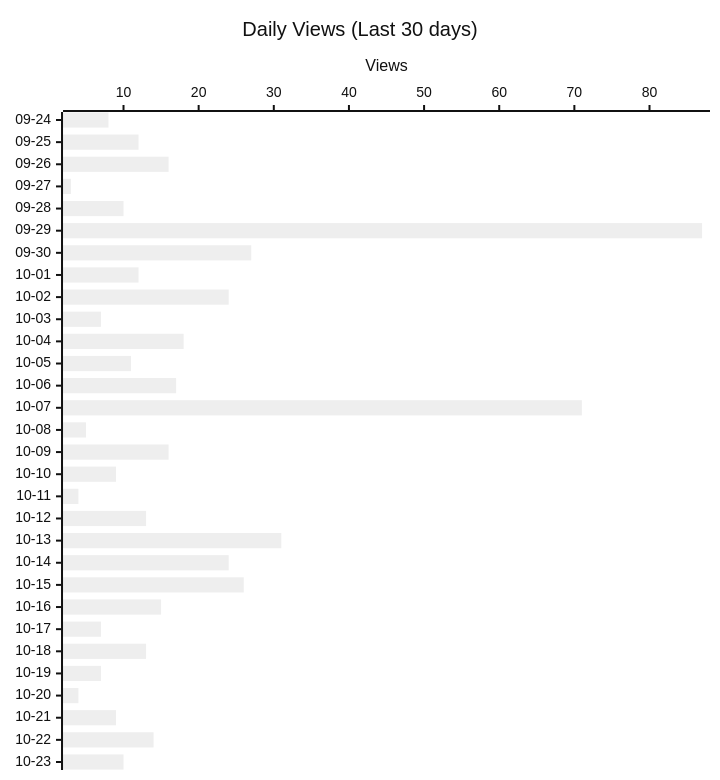
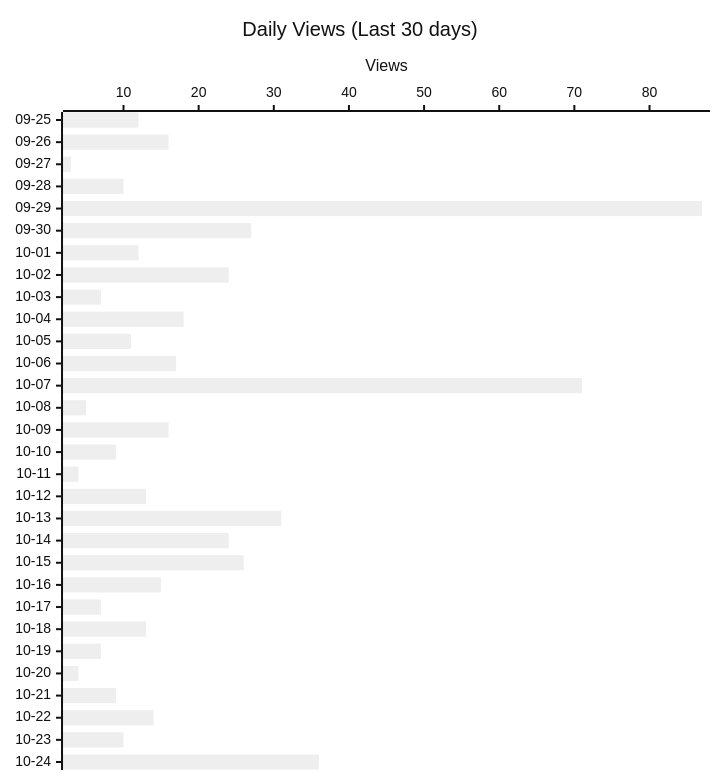
Before and after one commit to shigechika/github-insights: the second of 4 diagrams in README.md, drawn with Mermaid (neutral theme). The commit also changed other lines of this file and 1 other file, not shown here.

````diff
--- a/README.md
+++ b/README.md
@@ -28,12 +28,12 @@
 ```mermaid
 ---
 config:
   xyChart:
     height: 760
 ---
 xychart-beta horizontal
     title "Daily Views (Last 30 days)"
-    x-axis ["09-24", "09-25", "09-26", "09-27", "09-28", "09-29", "09-30", "10-01", "10-02", "10-03", "10-04", "10-05", "10-06", "10-07", "10-08", "10-09", "10-10", "10-11", "10-12", "10-13", "10-14", "10-15", "10-16", "10-17", "10-18", "10-19", "10-20", "10-21", "10-22", "10-23"]
+    x-axis ["09-25", "09-26", "09-27", "09-28", "09-29", "09-30", "10-01", "10-02", "10-03", "10-04", "10-05", "10-06", "10-07", "10-08", "10-09", "10-10", "10-11", "10-12", "10-13", "10-14", "10-15", "10-16", "10-17", "10-18", "10-19", "10-20", "10-21", "10-22", "10-23", "10-24"]
     y-axis "Views"
-    bar [8, 12, 16, 3, 10, 87, 27, 12, 24, 7, 18, 11, 17, 71, 5, 16, 9, 4, 13, 31, 24, 26, 15, 7, 13, 7, 4, 9, 14, 10]
+    bar [12, 16, 3, 10, 87, 27, 12, 24, 7, 18, 11, 17, 71, 5, 16, 9, 4, 13, 31, 24, 26, 15, 7, 13, 7, 4, 9, 14, 10, 36]
 ```
````
